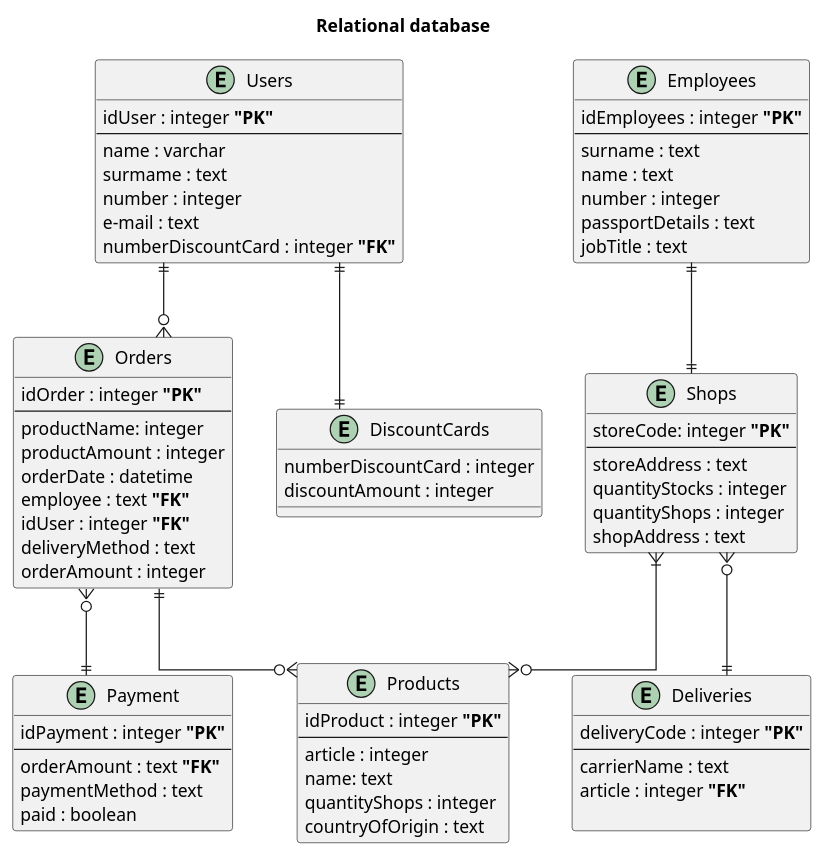
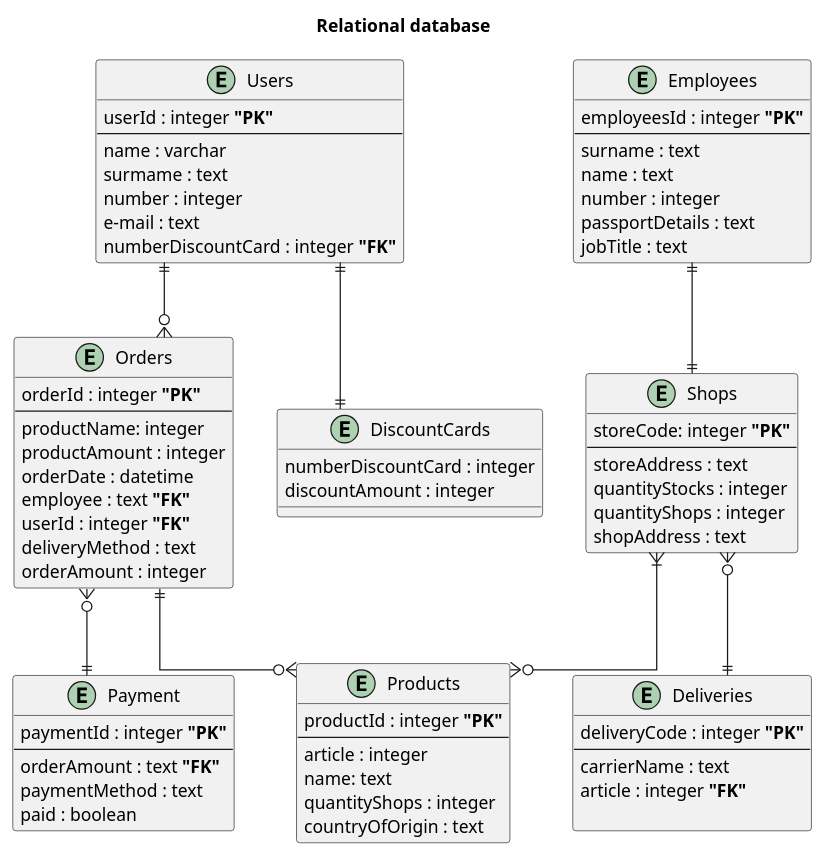
One commit to Ksenia530/Solodovnik_analytics_practice changed the diagram in ERDia.puml. Above: the diagram before and after it, drawn with PlantUML. The commit also changed 3 other files, not shown here.

```diff
--- a/ERDia.puml
+++ b/ERDia.puml
@@ -1,85 +1,85 @@
 @startuml
 title Relational database 
 skinparam linetype ortho
 
 entity "Users" as e01 {
-  idUser : integer **"PK"**
+  userId : integer **"PK"**
   --
   name : varchar
   surmame : text
   number : integer
   e-mail : text
   numberDiscountCard : integer **"FK"**
 }
 
 entity "Products" as e02 {
-  idProduct : integer **"PK"**
+  productId : integer **"PK"**
   --
   article : integer
   name: text
   quantityShops : integer
   countryOfOrigin : text
 }
 
 entity "Orders" as e03 {
-  idOrder : integer **"PK"**
+  orderId : integer **"PK"**
   --
   productName: integer 
   productAmount : integer
   orderDate : datetime
   employee : text **"FK"**
-  idUser : integer **"FK"**
+  userId : integer **"FK"**
   deliveryMethod : text
   orderАmount : integer
 }
 
 entity "DiscountCards" as e04 {
   numberDiscountCard : integer 
   discountAmount : integer 
 }
 
 entity "Employees" as e05 {
-  idEmployees : integer **"PK"**
+  employeesId : integer **"PK"**
   --
   surname : text 
   name : text
   number : integer 
   passportDetails : text
   jobTitle : text
 }
 
 entity "Payment" as e06 {
-  idPayment : integer **"PK"**
+  paymentId : integer **"PK"**
   --
   orderАmount : text **"FK"**
   paymentMethod : text
   paid : boolean
 }
 
 entity "Shops" as e07 {
   storeCode: integer **"PK"**
   --
   storeAddress : text
   quantityStocks : integer
   quantityShops : integer
   shopAddress : text
 }
 
 entity "Deliveries" as e08 {
   deliveryCode : integer **"PK"**
   --
   carrierName : text 
   article : integer **"FK"**
   
 }
 
 
 
 e01 ||--o{ e03
 e01 ||--|| e04
 e07 }|--o{ e02
 e07 }o--|| e08
 e05 ||--|| e07
 e03 }o--|| e06
 e03 ||--o{ e02
 @enduml
```
